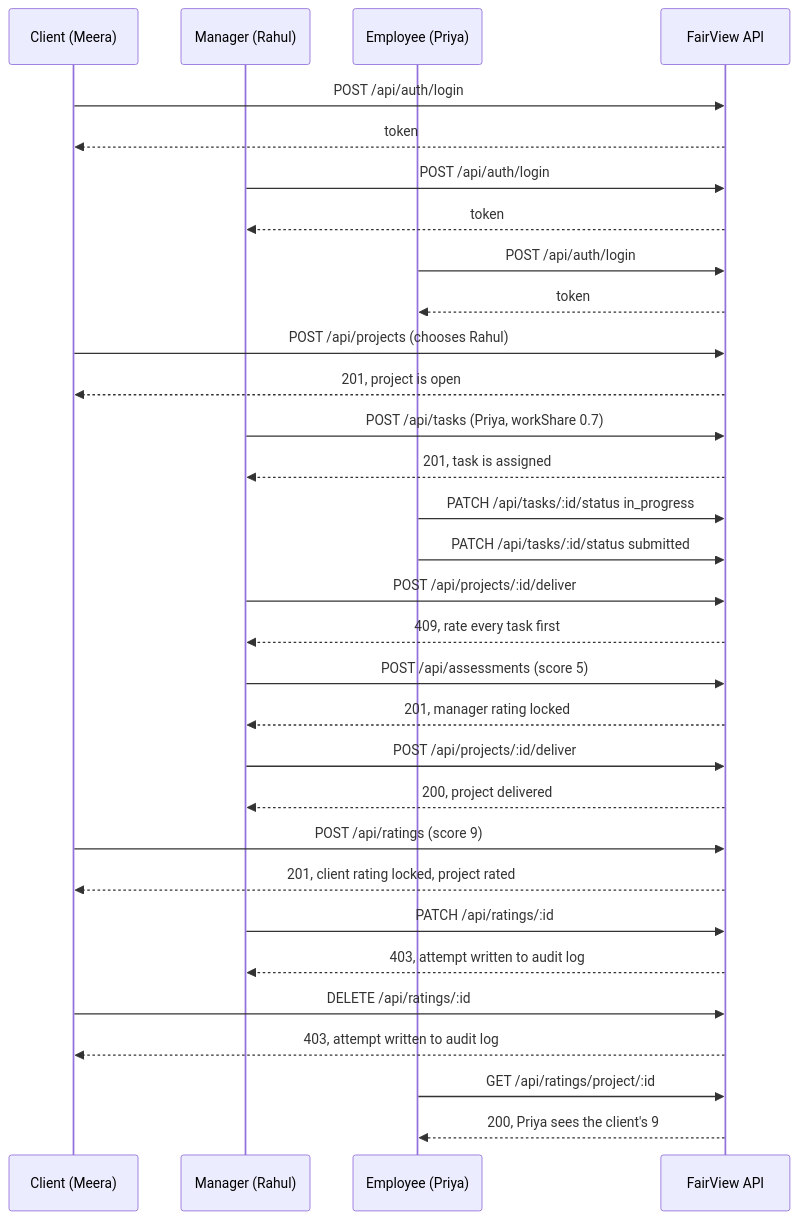
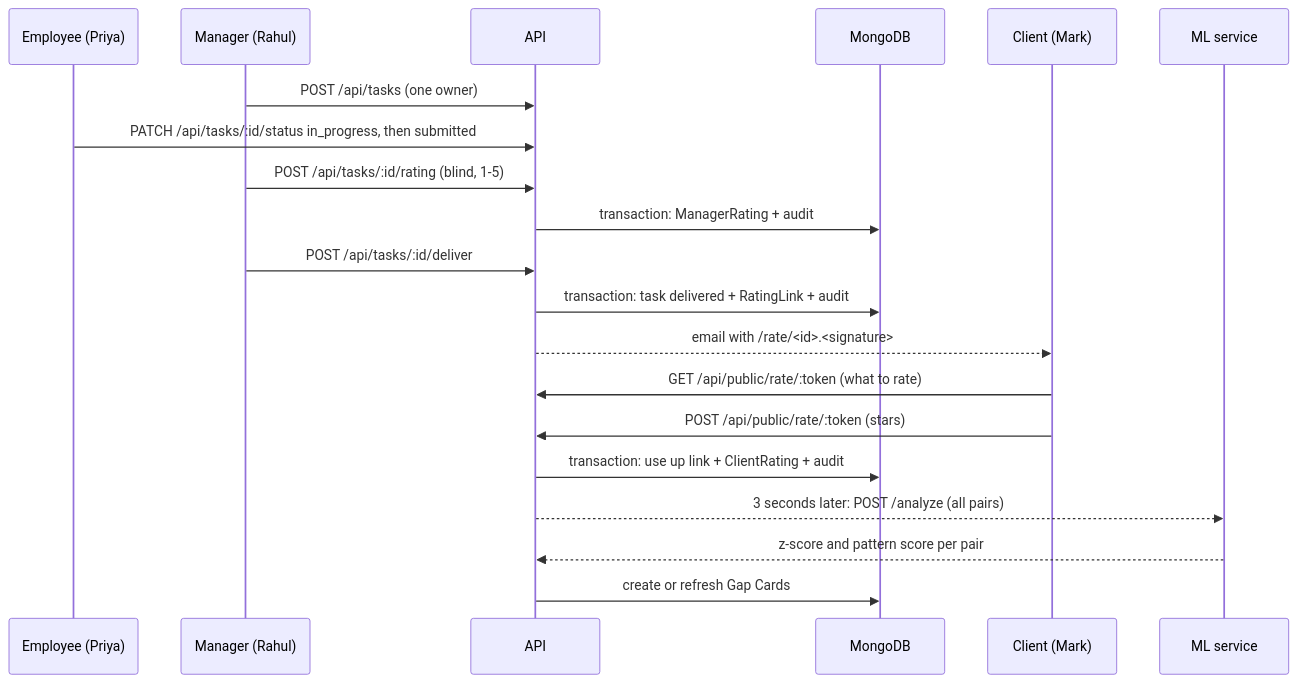
Before and after one commit to abhishekgoswami0720/FairView-An-AI-Powered-Bias-detector: the third of 3 diagrams in flow.md, drawn with Mermaid. The commit also changed other lines of this file and 113 other files, not shown here.

````diff
--- a/flow.md
+++ b/flow.md
@@ -374,33 +133,22 @@
 ```mermaid
 sequenceDiagram
-  participant C as Client (Meera)
+  participant E as Employee (Priya)
   participant M as Manager (Rahul)
-  participant P as Employee (Priya)
-  participant API as FairView API
-  C->>API: POST /api/auth/login
-  API-->>C: token
-  M->>API: POST /api/auth/login
-  API-->>M: token
-  P->>API: POST /api/auth/login
-  API-->>P: token
-  C->>API: POST /api/projects (chooses Rahul)
-  API-->>C: 201, project is open
-  M->>API: POST /api/tasks (Priya, workShare 0.7)
-  API-->>M: 201, task is assigned
-  P->>API: PATCH /api/tasks/:id/status in_progress
-  P->>API: PATCH /api/tasks/:id/status submitted
-  M->>API: POST /api/projects/:id/deliver
-  API-->>M: 409, rate every task first
-  M->>API: POST /api/assessments (score 5)
-  API-->>M: 201, manager rating locked
-  M->>API: POST /api/projects/:id/deliver
-  API-->>M: 200, project delivered
-  C->>API: POST /api/ratings (score 9)
-  API-->>C: 201, client rating locked, project rated
-  M->>API: PATCH /api/ratings/:id
-  API-->>M: 403, attempt written to audit log
-  C->>API: DELETE /api/ratings/:id
-  API-->>C: 403, attempt written to audit log
-  P->>API: GET /api/ratings/project/:id
-  API-->>P: 200, Priya sees the client's 9
+  participant API as API
+  participant DB as MongoDB
+  participant C as Client (Mark)
+  participant ML as ML service
+  M->>API: POST /api/tasks (one owner)
+  E->>API: PATCH /api/tasks/:id/status in_progress, then submitted
+  M->>API: POST /api/tasks/:id/rating (blind, 1-5)
+  API->>DB: transaction: ManagerRating + audit
+  M->>API: POST /api/tasks/:id/deliver
+  API->>DB: transaction: task delivered + RatingLink + audit
+  API-->>C: email with /rate/<id>.<signature>
+  C->>API: GET /api/public/rate/:token (what to rate)
+  C->>API: POST /api/public/rate/:token (stars)
+  API->>DB: transaction: use up link + ClientRating + audit
+  API-->>ML: 3 seconds later: POST /analyze (all pairs)
+  ML-->>API: z-score and pattern score per pair
+  API->>DB: create or refresh Gap Cards
 ```
````
